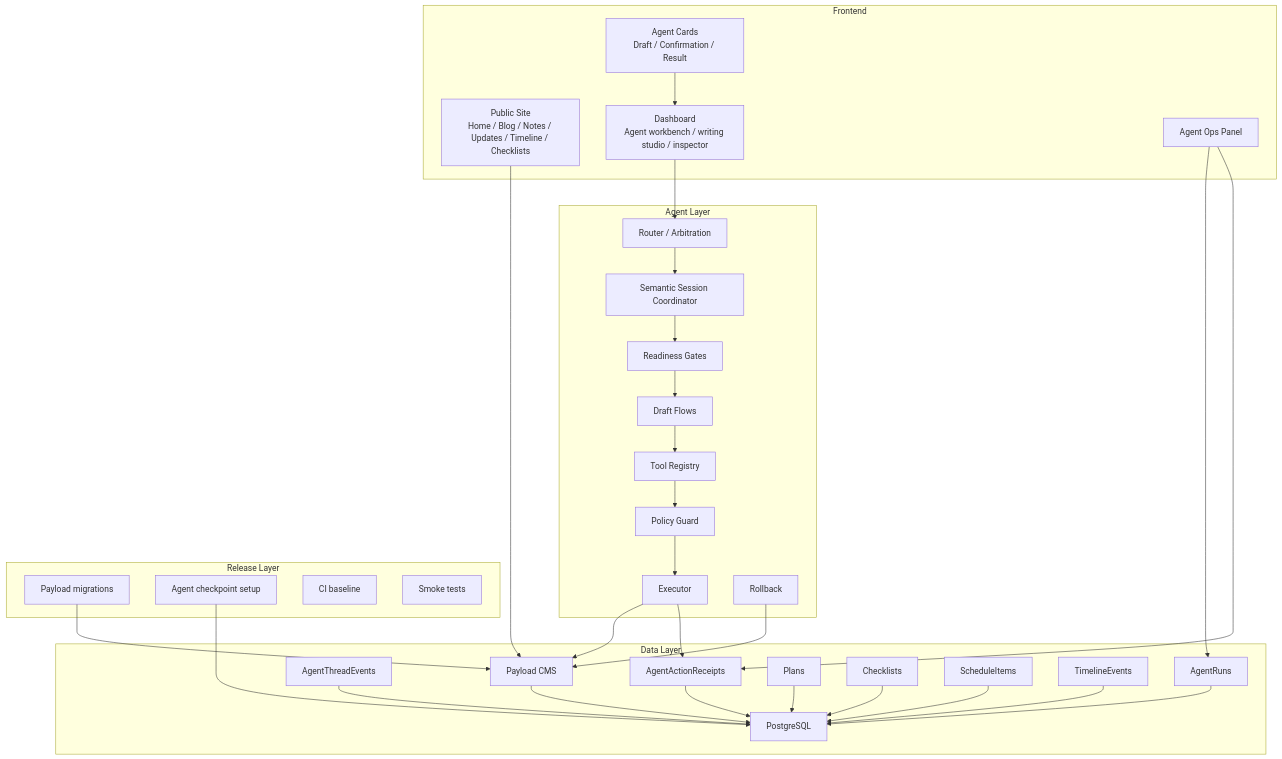
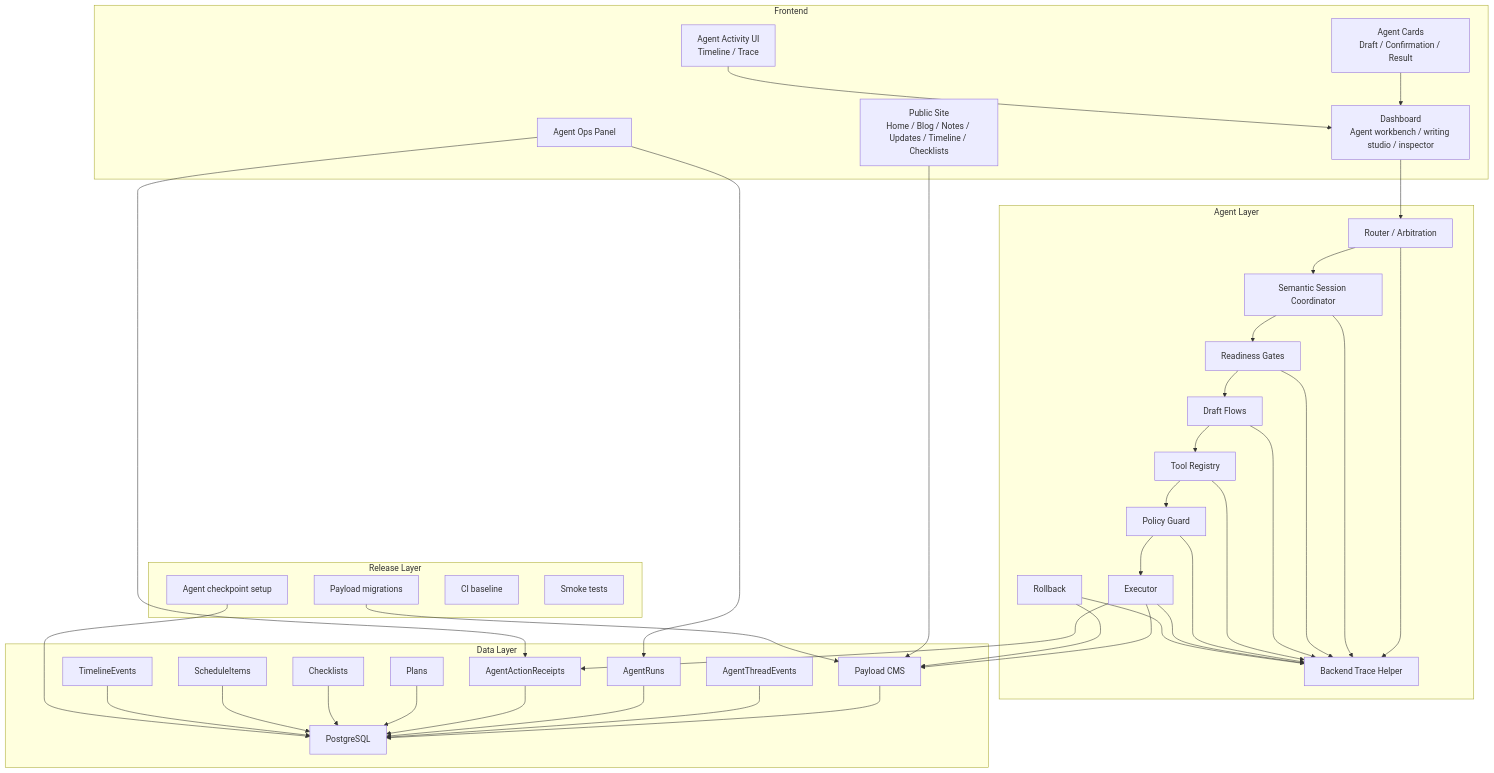
Before and after one commit to RichardMinm/SunnyPanel: the diagram in docs/system-architecture.md, drawn with Mermaid. The commit also changed other lines of this file, not shown here.

First line of the commit message:
docs: update system architecture with agent trace flow

````diff
--- a/docs/system-architecture.md
+++ b/docs/system-architecture.md
@@ -9,64 +9,75 @@
 ```mermaid
 flowchart TD
   subgraph Frontend["Frontend"]
     Public["Public Site\nHome / Blog / Notes / Updates / Timeline / Checklists"]
     Dashboard["Dashboard\nAgent workbench / writing studio / inspector"]
     Cards["Agent Cards\nDraft / Confirmation / Result"]
+    Activity["Agent Activity UI\nTimeline / Trace"]
     Ops["Agent Ops Panel"]
   end
 
   subgraph Agent["Agent Layer"]
     Router["Router / Arbitration"]
     Session["Semantic Session Coordinator"]
     Gates["Readiness Gates"]
     Drafts["Draft Flows"]
     Registry["Tool Registry"]
+    Trace["Backend Trace Helper"]
     Policy["Policy Guard"]
     Executor["Executor"]
     Rollback["Rollback"]
   end
 
   subgraph Data["Data Layer"]
     Payload["Payload CMS"]
     Postgres["PostgreSQL"]
     Events["AgentThreadEvents"]
     Runs["AgentRuns"]
     Receipts["AgentActionReceipts"]
     Plans["Plans"]
     Checklists["Checklists"]
     Schedule["ScheduleItems"]
     Timeline["TimelineEvents"]
   end
 
   subgraph Release["Release Layer"]
     Migration["Payload migrations"]
     Checkpoint["Agent checkpoint setup"]
     CI["CI baseline"]
     Smoke["Smoke tests"]
   end
 
   Public --> Payload
   Dashboard --> Router
   Cards --> Dashboard
+  Activity --> Dashboard
   Ops --> Runs
   Ops --> Receipts
   Router --> Session
   Session --> Gates
   Gates --> Drafts
   Drafts --> Registry
+  Router --> Trace
+  Session --> Trace
+  Gates --> Trace
+  Drafts --> Trace
+  Registry --> Trace
   Registry --> Policy
+  Policy --> Trace
   Policy --> Executor
+  Executor --> Trace
+  Rollback --> Trace
   Executor --> Payload
   Executor --> Receipts
   Rollback --> Payload
   Payload --> Postgres
   Events --> Postgres
   Runs --> Postgres
   Receipts --> Postgres
   Plans --> Postgres
   Checklists --> Postgres
   Schedule --> Postgres
   Timeline --> Postgres
   Migration --> Payload
   Checkpoint --> Postgres
 ```
````
